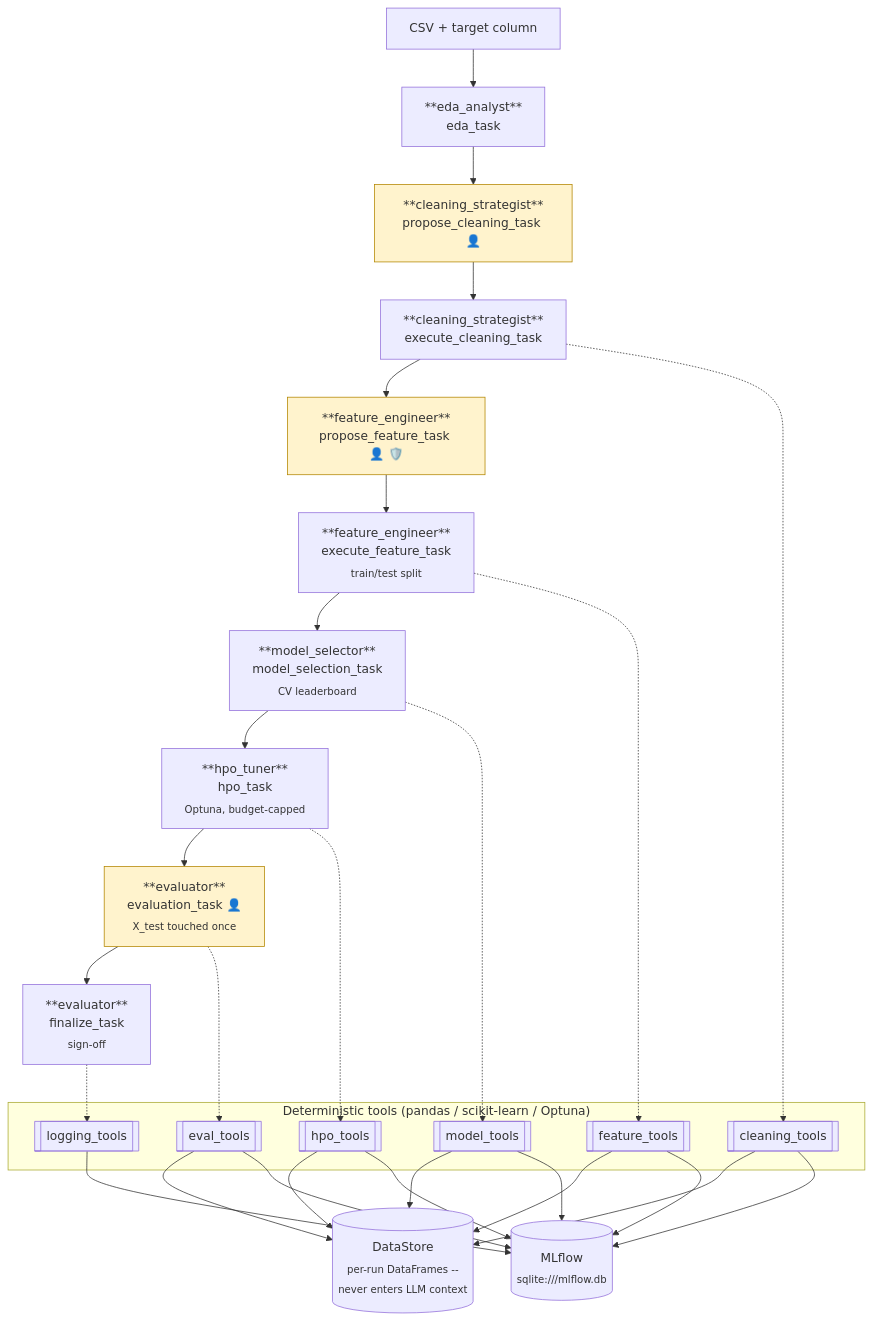
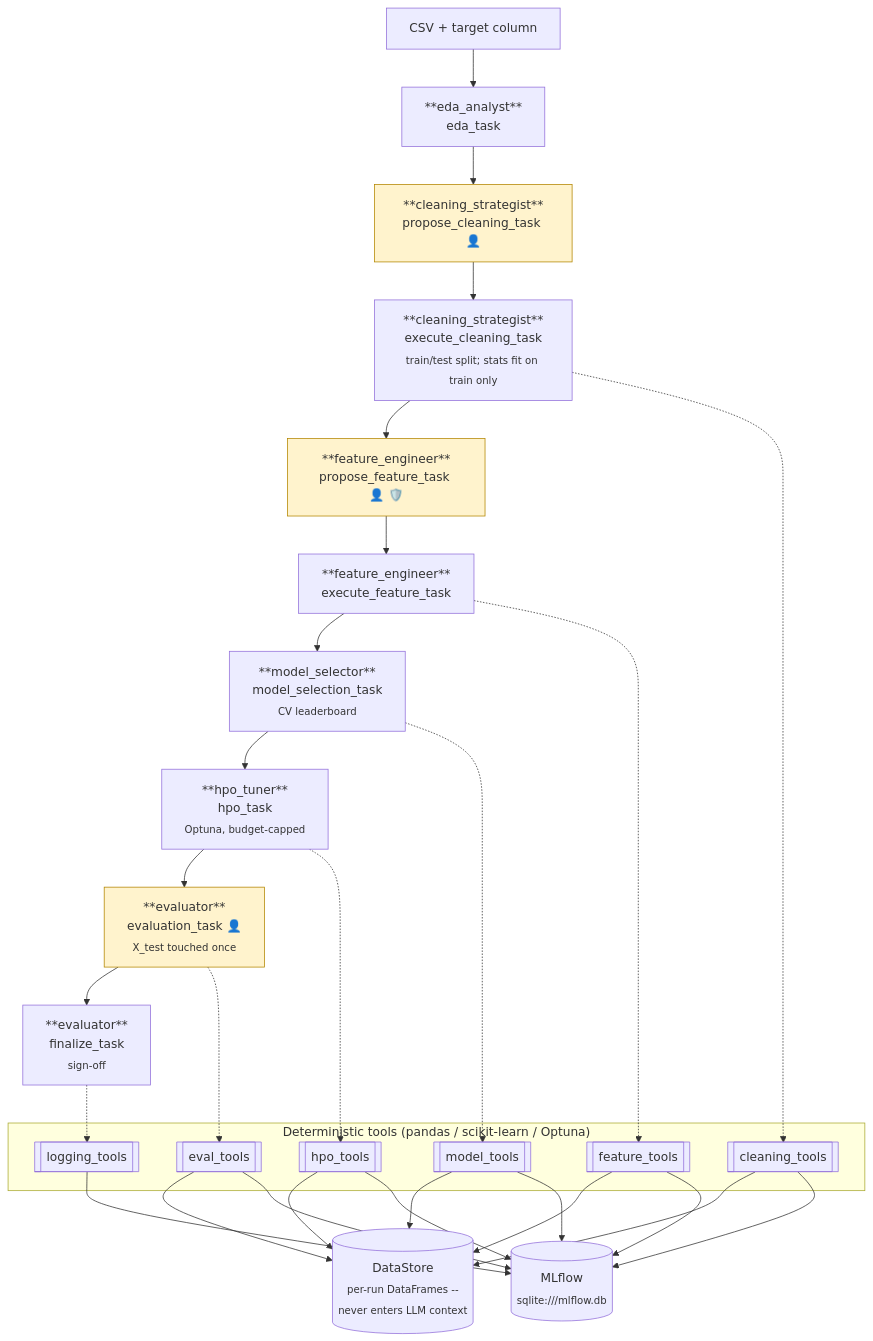
One commit to rushikeshdhumal/ml-agent-structured-data changed the diagram in README.md. Above: the diagram before and after it, drawn with Mermaid. The commit also changed other lines of this file and 14 other files, not shown here.

````diff
--- a/README.md
+++ b/README.md
@@ -59,40 +59,40 @@
 ```mermaid
 flowchart TD
     CSV["CSV + target column"]
     EDA["**eda_analyst**<br/>eda_task"]
     PC["**cleaning_strategist**<br/>propose_cleaning_task 👤"]
-    EC["**cleaning_strategist**<br/>execute_cleaning_task"]
+    EC["**cleaning_strategist**<br/>execute_cleaning_task<br/><sub>train/test split; stats fit on train only</sub>"]
     PF["**feature_engineer**<br/>propose_feature_task 👤 🛡️"]
-    EF["**feature_engineer**<br/>execute_feature_task<br/><sub>train/test split</sub>"]
+    EF["**feature_engineer**<br/>execute_feature_task"]
     MS["**model_selector**<br/>model_selection_task<br/><sub>CV leaderboard</sub>"]
     HPO["**hpo_tuner**<br/>hpo_task<br/><sub>Optuna, budget-capped</sub>"]
     EV["**evaluator**<br/>evaluation_task 👤<br/><sub>X_test touched once</sub>"]
     FIN["**evaluator**<br/>finalize_task<br/><sub>sign-off</sub>"]
 
     CSV --> EDA --> PC --> EC --> PF --> EF --> MS --> HPO --> EV --> FIN
 
     subgraph Tools["Deterministic tools (pandas / scikit-learn / Optuna)"]
         T1[[cleaning_tools]]
         T2[[feature_tools]]
         T3[[model_tools]]
         T4[[hpo_tools]]
         T5[[eval_tools]]
         T6[[logging_tools]]
     end
 
     EC -.-> T1
     EF -.-> T2
     MS -.-> T3
     HPO -.-> T4
     EV -.-> T5
     FIN -.-> T6
 
     DS[("DataStore<br/><sub>per-run DataFrames --<br/>never enters LLM context</sub>")]
     MLF[("MLflow<br/><sub>sqlite:///mlflow.db</sub>")]
 
     T1 & T2 & T3 & T4 & T5 --> DS
     T1 & T2 & T3 & T4 & T5 & T6 --> MLF
 
     classDef gate fill:#fff3cd,stroke:#b38600
     class PC,PF,EV gate
 ```
````
